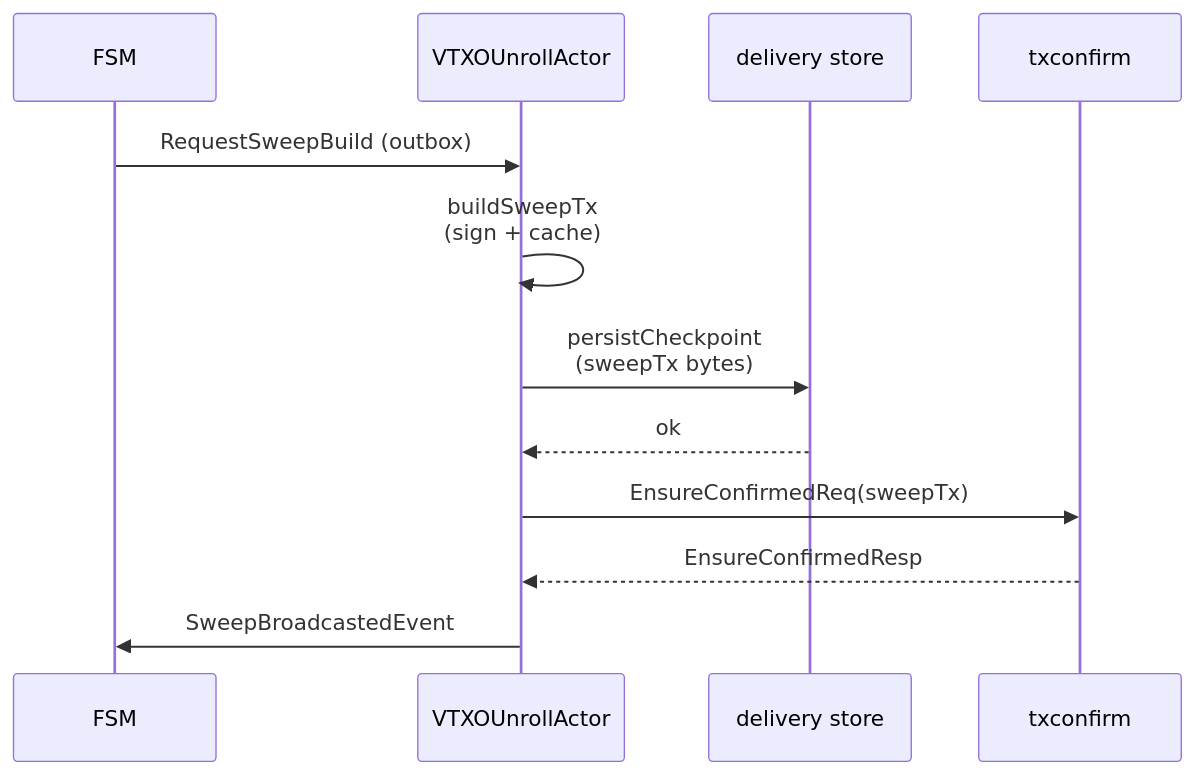
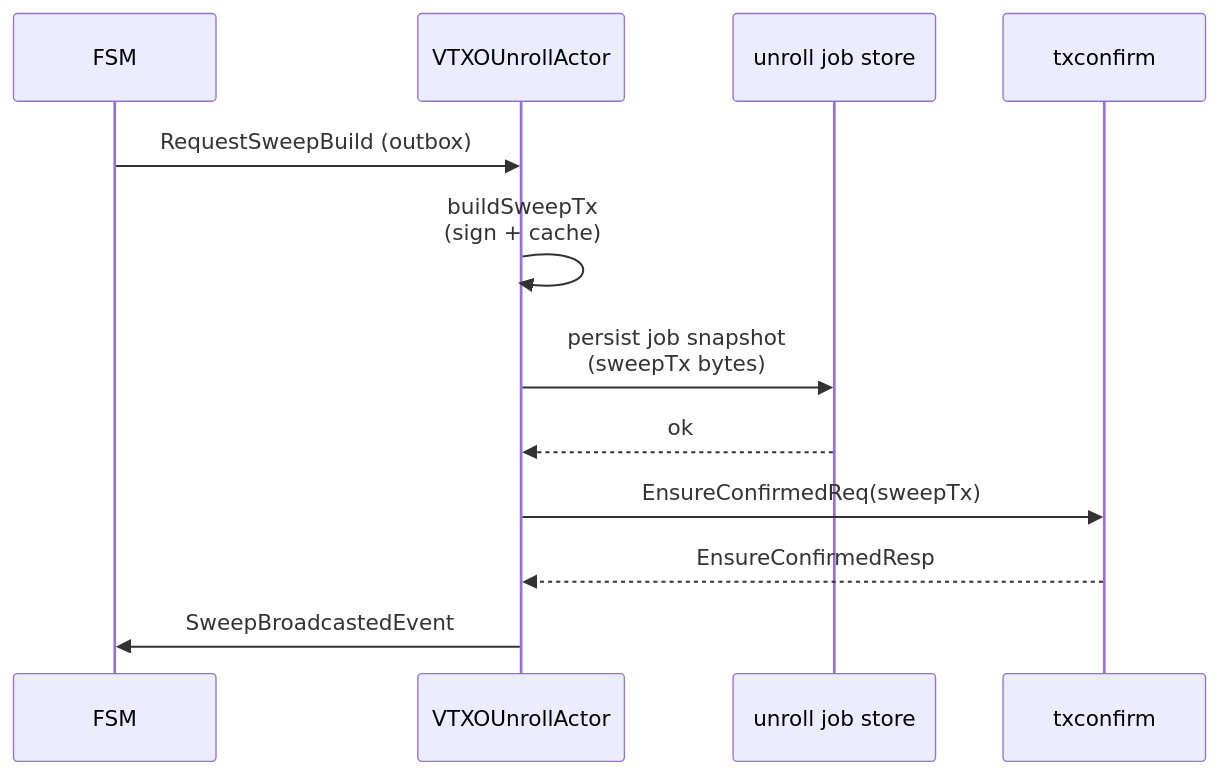
The third of 6 diagrams in unroll/README.md (lightninglabs/wavelength), drawn with Mermaid before and after one commit. The commit also changed other lines of this file and 38 other files, not shown here.

````diff
--- a/unroll/README.md
+++ b/unroll/README.md
@@ -140,14 +140,14 @@
 ```mermaid
 sequenceDiagram
     participant FSM
     participant Behavior as VTXOUnrollActor
-    participant Store as delivery store
+    participant Store as unroll job store
     participant TxConfirm as txconfirm
     FSM->>Behavior: RequestSweepBuild (outbox)
     Behavior->>Behavior: buildSweepTx<br/>(sign + cache)
-    Behavior->>Store: persistCheckpoint<br/>(sweepTx bytes)
+    Behavior->>Store: persist job snapshot<br/>(sweepTx bytes)
     Store-->>Behavior: ok
     Behavior->>TxConfirm: EnsureConfirmedReq(sweepTx)
     TxConfirm-->>Behavior: EnsureConfirmedResp
     Behavior->>FSM: SweepBroadcastedEvent
 ```
````
